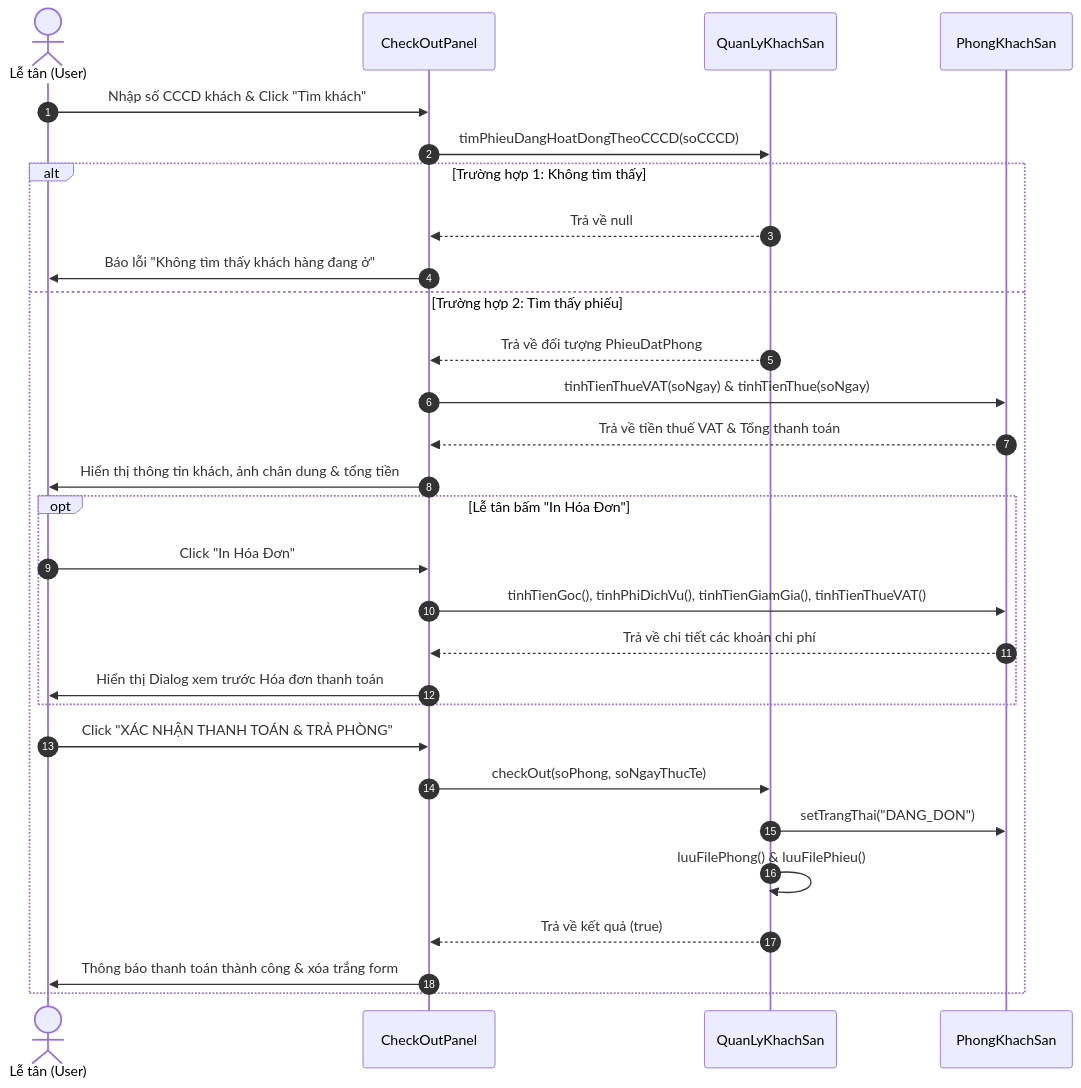
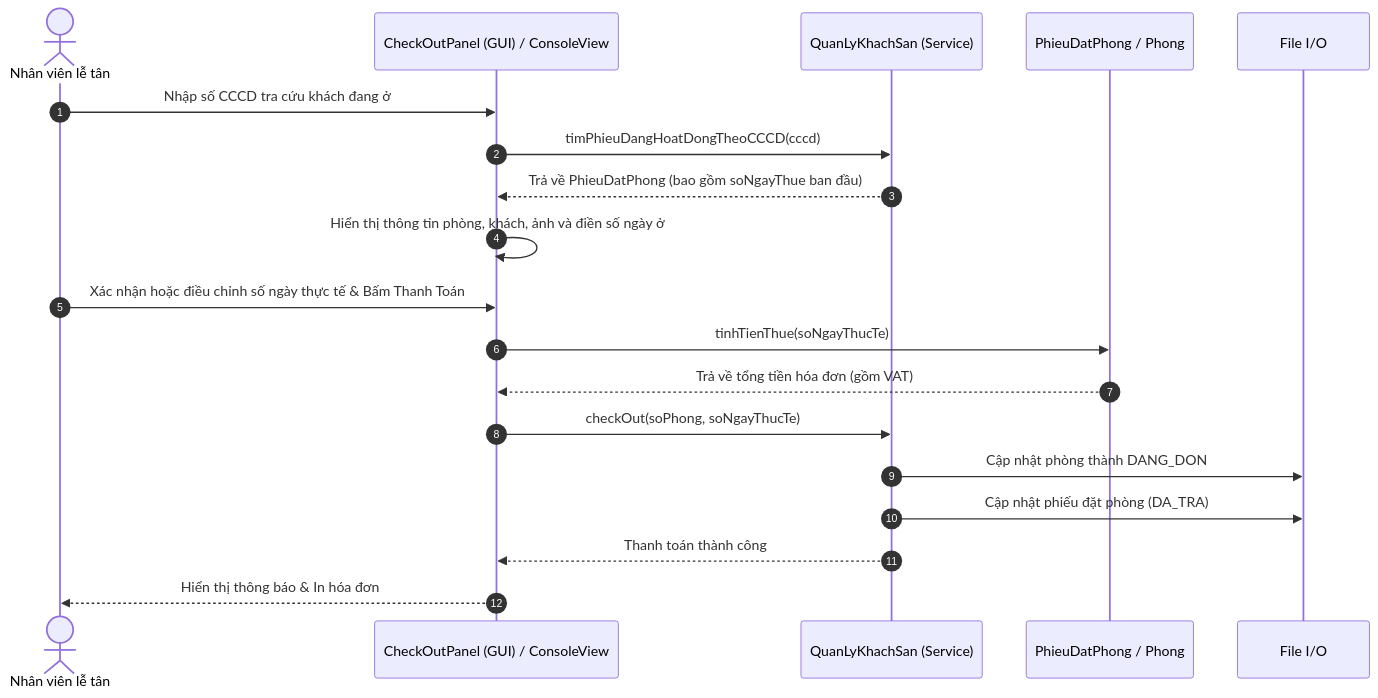
Before and after one commit to NNTTuan/HotelBookingSystem: the diagram in docs/diagrams/sequence_checkout.mmd, drawn with Mermaid. The commit also changed 7 other files, not shown here.

```diff
--- a/docs/diagrams/sequence_checkout.mmd
+++ b/docs/diagrams/sequence_checkout.mmd
@@ -1,33 +1,20 @@
 sequenceDiagram
     autonumber
-    actor Staff as Lễ tân (User)
-    participant UI as CheckOutPanel
-    participant Service as QuanLyKhachSan
-    participant Model as PhongKhachSan
+    actor User as Nhân viên lễ tân
+    participant UI as CheckOutPanel (GUI) / ConsoleView
+    participant QLKS as QuanLyKhachSan (Service)
+    participant PDP as PhieuDatPhong / Phong
+    participant File as File I/O
 
-    Staff->>UI: Nhập số CCCD khách & Click "Tìm khách"
-    UI->>Service: timPhieuDangHoatDongTheoCCCD(soCCCD)
-
-    alt Trường hợp 1: Không tìm thấy
-        Service-->>UI: Trả về null
-        UI->>Staff: Báo lỗi "Không tìm thấy khách hàng đang ở"
-    else Trường hợp 2: Tìm thấy phiếu
-        Service-->>UI: Trả về đối tượng PhieuDatPhong
-        UI->>Model: tinhTienThueVAT(soNgay) & tinhTienThue(soNgay)
-        Model-->>UI: Trả về tiền thuế VAT & Tổng thanh toán
-        UI->>Staff: Hiển thị thông tin khách, ảnh chân dung & tổng tiền
-
-        opt Lễ tân bấm "In Hóa Đơn"
-            Staff->>UI: Click "In Hóa Đơn"
-            UI->>Model: tinhTienGoc(), tinhPhiDichVu(), tinhTienGiamGia(), tinhTienThueVAT()
-            Model-->>UI: Trả về chi tiết các khoản chi phí
-            UI->>Staff: Hiển thị Dialog xem trước Hóa đơn thanh toán
-        end
-
-        Staff->>UI: Click "XÁC NHẬN THANH TOÁN & TRẢ PHÒNG"
-        UI->>Service: checkOut(soPhong, soNgayThucTe)
-        Service->>Model: setTrangThai("DANG_DON")
-        Service->>Service: luuFilePhong() & luuFilePhieu()
-        Service-->>UI: Trả về kết quả (true)
-        UI->>Staff: Thông báo thanh toán thành công & xóa trắng form
-    end
+    User->>UI: Nhập số CCCD tra cứu khách đang ở
+    UI->>QLKS: timPhieuDangHoatDongTheoCCCD(cccd)
+    QLKS-->>UI: Trả về PhieuDatPhong (bao gồm soNgayThue ban đầu)
+    UI->>UI: Hiển thị thông tin phòng, khách, ảnh và điền số ngày ở
+    User->>UI: Xác nhận hoặc điều chỉnh số ngày thực tế & Bấm Thanh Toán
+    UI->>PDP: tinhTienThue(soNgayThucTe)
+    PDP-->>UI: Trả về tổng tiền hóa đơn (gồm VAT)
+    UI->>QLKS: checkOut(soPhong, soNgayThucTe)
+    QLKS->>File: Cập nhật phòng thành DANG_DON
+    QLKS->>File: Cập nhật phiếu đặt phòng (DA_TRA)
+    QLKS-->>UI: Thanh toán thành công
+    UI-->>User: Hiển thị thông báo & In hóa đơn
```
